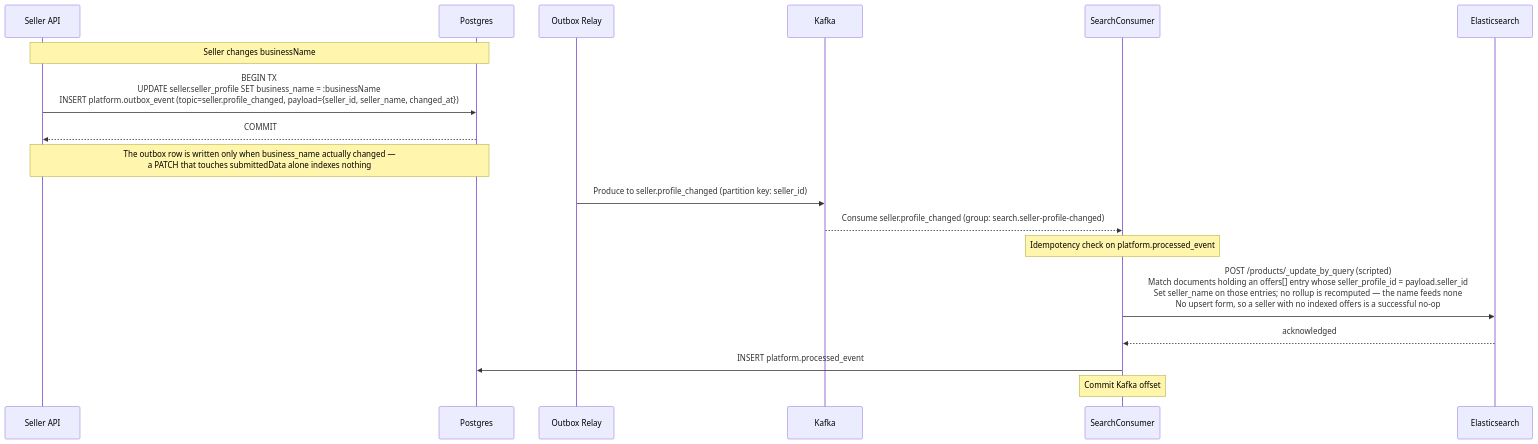
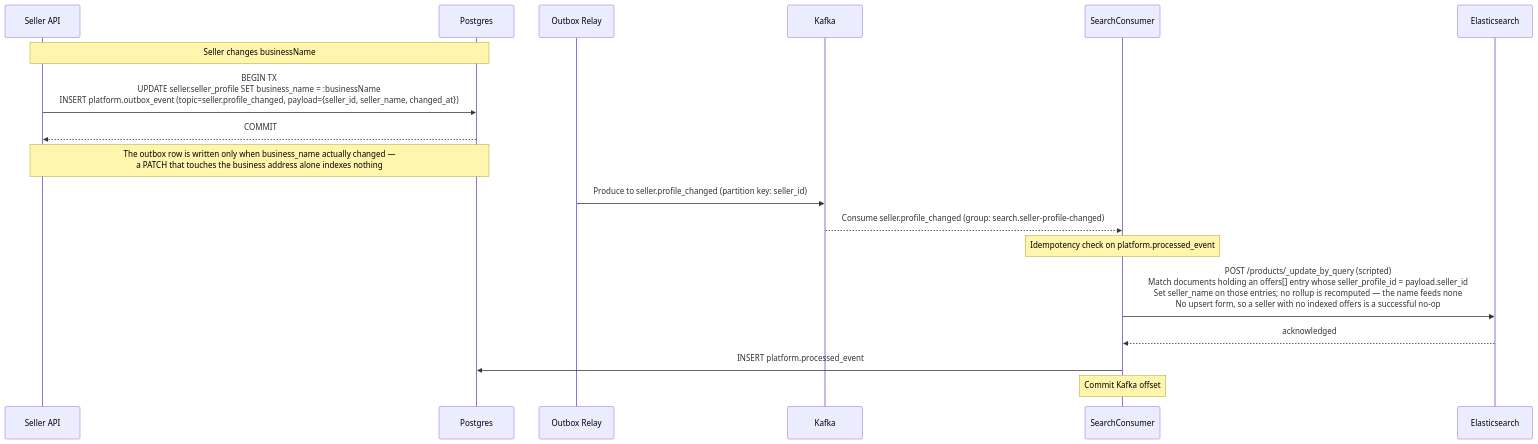
Before and after one commit to alisa-uthi/aliceut-ecom-document: the sixth of 9 diagrams in phase-1/technical-design/api-design/search.md, drawn with Mermaid. The commit also changed other lines of this file and 8 other files, not shown here.

First line of the commit message:
docs(decisions): ADR-0005 search category slug, ADR-0006 seller profile address columns

````diff
--- a/phase-1/technical-design/api-design/search.md
+++ b/phase-1/technical-design/api-design/search.md
@@ -453,21 +454,21 @@
 ```mermaid
 sequenceDiagram
     participant SellerAPI as Seller API
     participant Postgres
     participant Relay as Outbox Relay
     participant Kafka
     participant Consumer as SearchConsumer
     participant ES as Elasticsearch
 
     Note over SellerAPI,Postgres: Seller changes businessName
     SellerAPI->>Postgres: BEGIN TX<br/>UPDATE seller.seller_profile SET business_name = :businessName<br/>INSERT platform.outbox_event (topic=seller.profile_changed, payload={seller_id, seller_name, changed_at})
     Postgres-->>SellerAPI: COMMIT
-    Note over SellerAPI,Postgres: The outbox row is written only when business_name actually changed —<br/>a PATCH that touches submittedData alone indexes nothing
+    Note over SellerAPI,Postgres: The outbox row is written only when business_name actually changed —<br/>a PATCH that touches the business address alone indexes nothing
     Relay->>Kafka: Produce to seller.profile_changed (partition key: seller_id)
     Kafka-->>Consumer: Consume seller.profile_changed (group: search.seller-profile-changed)
     Note over Consumer: Idempotency check on platform.processed_event
     Consumer->>ES: POST /products/_update_by_query (scripted)<br/>Match documents holding an offers[] entry whose seller_profile_id = payload.seller_id<br/>Set seller_name on those entries#59; no rollup is recomputed — the name feeds none<br/>No upsert form, so a seller with no indexed offers is a successful no-op
     ES-->>Consumer: acknowledged
     Consumer->>Postgres: INSERT platform.processed_event
     Note over Consumer: Commit Kafka offset
 ```
````
